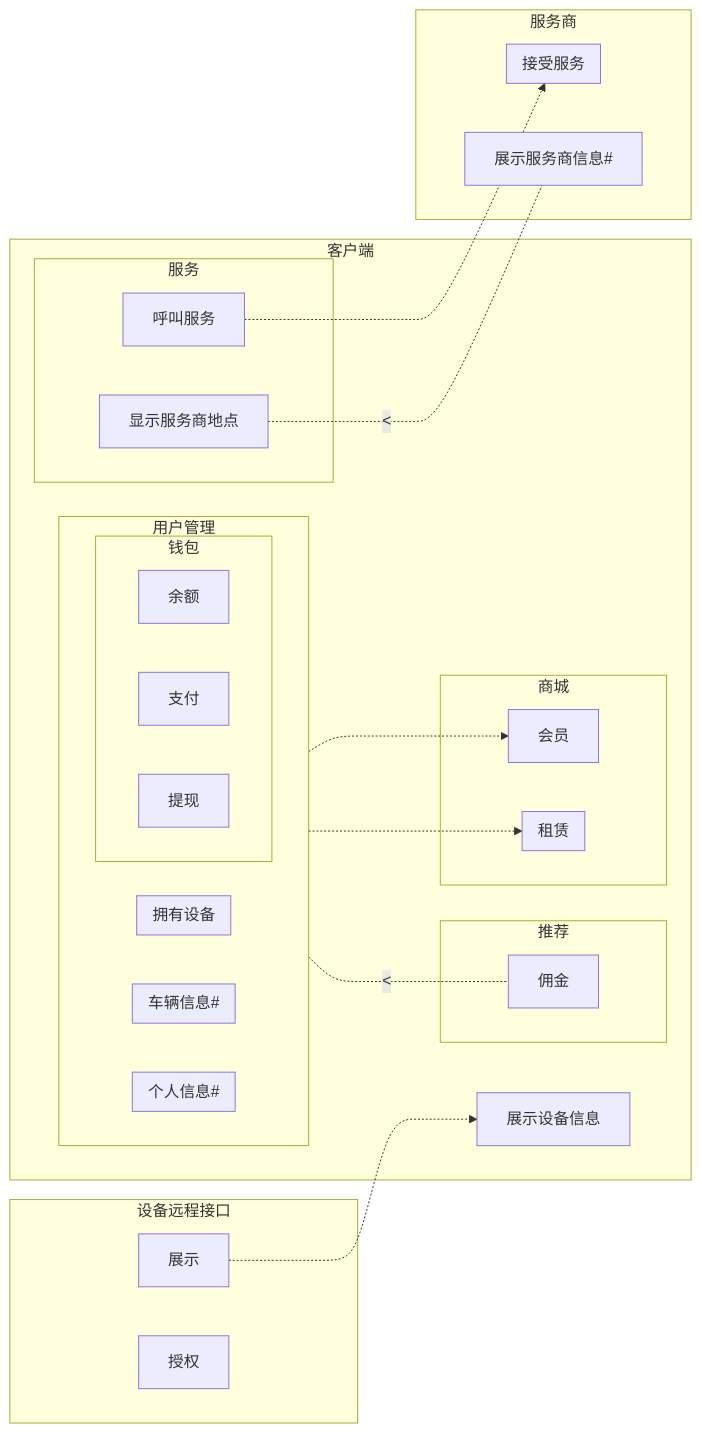
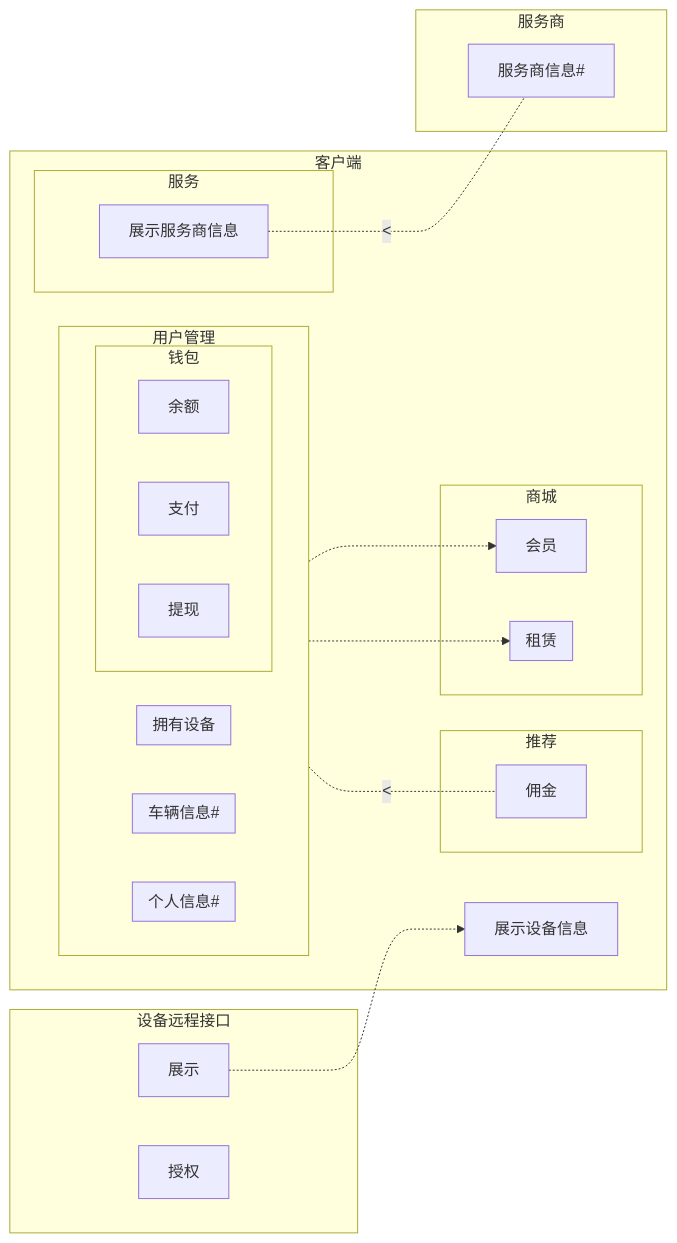
One commit to egenerator/egenerator.github.io changed the diagram in README.md. Above: the diagram before and after it, drawn with Mermaid.

````diff
--- a/README.md
+++ b/README.md
@@ -1,55 +1,51 @@
 ```mermaid
 
 flowchart LR;
-    呼叫服务-.->接受服务
-    显示服务商地点-."<"-.-展示服务商信息#
+    展示服务商信息-."<"-.-服务商信息#
     余额-."<"-.-佣金
 
     展示-.->展示设备信息
     支付-.->租赁
     支付-.->会员
 
     subgraph 客户端
 
         subgraph "用户管理"       
          direction RL
             subgraph "个人信息#"
             end
             subgraph "车辆信息#"
             end
             subgraph "拥有设备"
             end
             subgraph 钱包
                 余额
                 支付
                 提现
             end
         end
         展示设备信息
         subgraph 推荐
             佣金
         end
         subgraph "商城"
             subgraph "租赁"
             end
             会员
         end
         subgraph 服务
-            显示服务商地点
-            呼叫服务
+            展示服务商信息
         end
     end
         subgraph 设备远程接口
             展示
             授权
         end
 
 
     subgraph "服务商"
-        subgraph "接受服务"
-        end
-        展示服务商信息#
+        服务商信息#
     end
 
 
 ```
````
